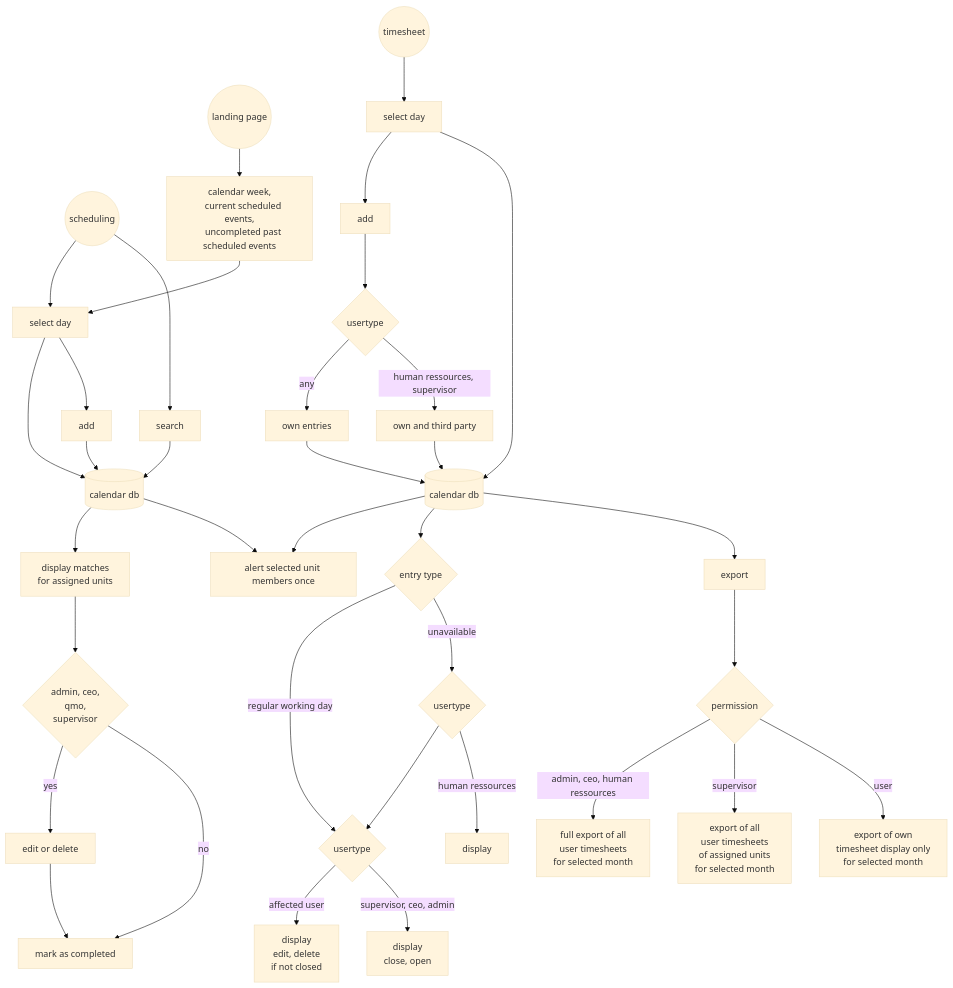
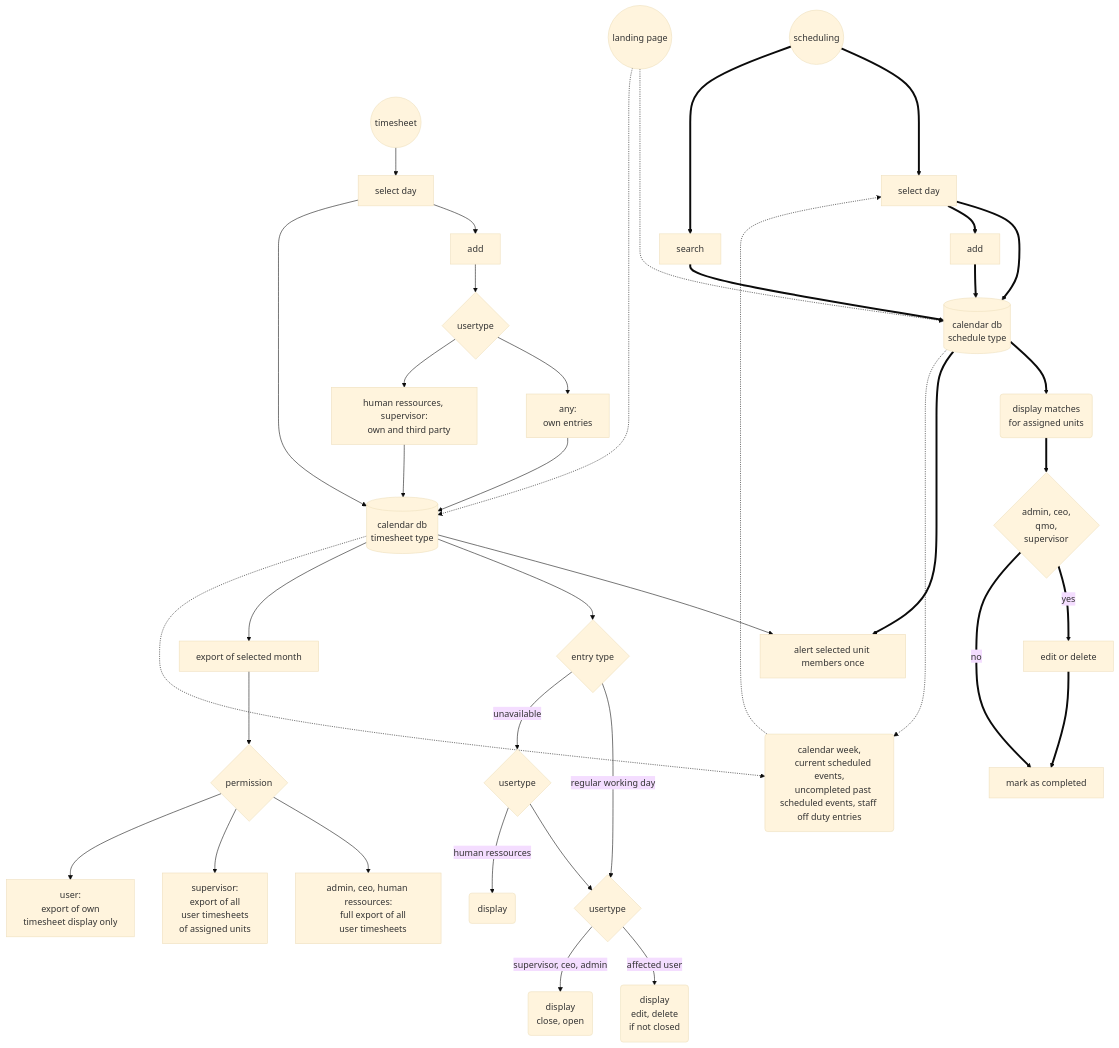
The fifth of 9 diagrams in readme.md (erroronline1/caro), drawn with Mermaid (base theme) before and after one commit. The commit also changed other lines of this file and 1 other file, not shown here.

Commit message:
flowcharts updates

````diff
--- a/readme.md
+++ b/readme.md
@@ -645,56 +672,63 @@
 ```mermaid
 graph TD;
-    scheduling((scheduling))-->select_day[select day];
-    scheduling-->search[search];
-    select_day-->database[(calendar db)];
-    select_day-->add[add];
-    add-->database;
-    search-->database;
-    database-->matches["display matches
-    for assigned units"];
-    matches-->permission{"admin, ceo,
+    scheduling((scheduling))===>select_day[select day];
+    scheduling==>search[search];
+    select_day==>database[("calendar db
+    schedule type")];
+    select_day==>add[add];
+    add==>database;
+    search==>database;
+    database==>matches("display matches
+    for assigned units");
+    matches==>permission{"admin, ceo,
     qmo,
     supervisor"};
-    permission-->|yes|edit[edit or delete];
-    permission-->|no|complete[mark as completed];
-    edit-->complete;
-    database-->alert["alert selected unit members once"]
-
-    landing_page((landing page))-->summary["calendar week,
-    current scheduled events,
-    uncompleted past scheduled events"];
-    summary-->select_day
+    permission==>|yes|edit[edit or delete];
+    permission==>|no|complete[mark as completed];
+    edit==>complete;
+    database==>alert["alert selected unit members once"]
 
     timesheet((timesheet))-->select_day2[select day];
     select_day2-->add2[add];
     add2-->usertype{usertype};
-    usertype-->|any|own[own entries];
-    usertype-->|human ressources, supervisor|foreign[own and third party];
-    own-->database2;
+    usertype-->any["any:
+    own entries"];
+    usertype-->foreign["human ressources, supervisor:
+    own and third party"];
+    any-->database2;
     foreign-->database2;
-    select_day2-->database2[(calendar db)];
+    select_day2-->database2[("calendar db
+    timesheet type")];
     database2-->alert;
     database2-->entrytype{entry type};
     entrytype-->|regular working day|usertype2{usertype};
-    usertype2-->|affected user|display_edit["display
+    usertype2-->|affected user|display_edit("display
     edit, delete
-    if not closed"];
-    usertype2-->|supervisor, ceo, admin|display_close["display
-    close, open"];
+    if not closed");
+    usertype2-->|supervisor, ceo, admin|display_close("display
+    close, open");
     entrytype-->|unavailable|usertype3{usertype};
     usertype3-->usertype2;
-    usertype3-->|human ressources|display_only[display]
+    usertype3-->|human ressources|display_only(display)
     
-    database2-->export[export];
+    database2-->export[export of selected month];
     export-->permission2{permission};
-    permission2-->|admin, ceo, human ressources|fullexport["full export of all
+    permission2-->fullexport["admin, ceo, human ressources:
+    full export of all
+    user timesheets"];
+    permission2-->partexport["supervisor:
+    export of all
     user timesheets
-    for selected month"];
-    permission2-->|supervisor|partexport["export of all
-    user timesheets
-    of assigned units
-    for selected month"];
-    permission2-->|user|ownexport["export of own
-    timesheet display only
-    for selected month"]
+    of assigned units"];
+    permission2-->ownexport["user:
+    export of own
+    timesheet display only"]
+
+    landing_page((landing page))-....->database;
+    landing_page-......->database2;
+    database-.->summary("calendar week,
+    current scheduled events,
+    uncompleted past scheduled events, staff off duty entries");
+    database2-.->summary;
+    summary-......->select_day
 ```
````
